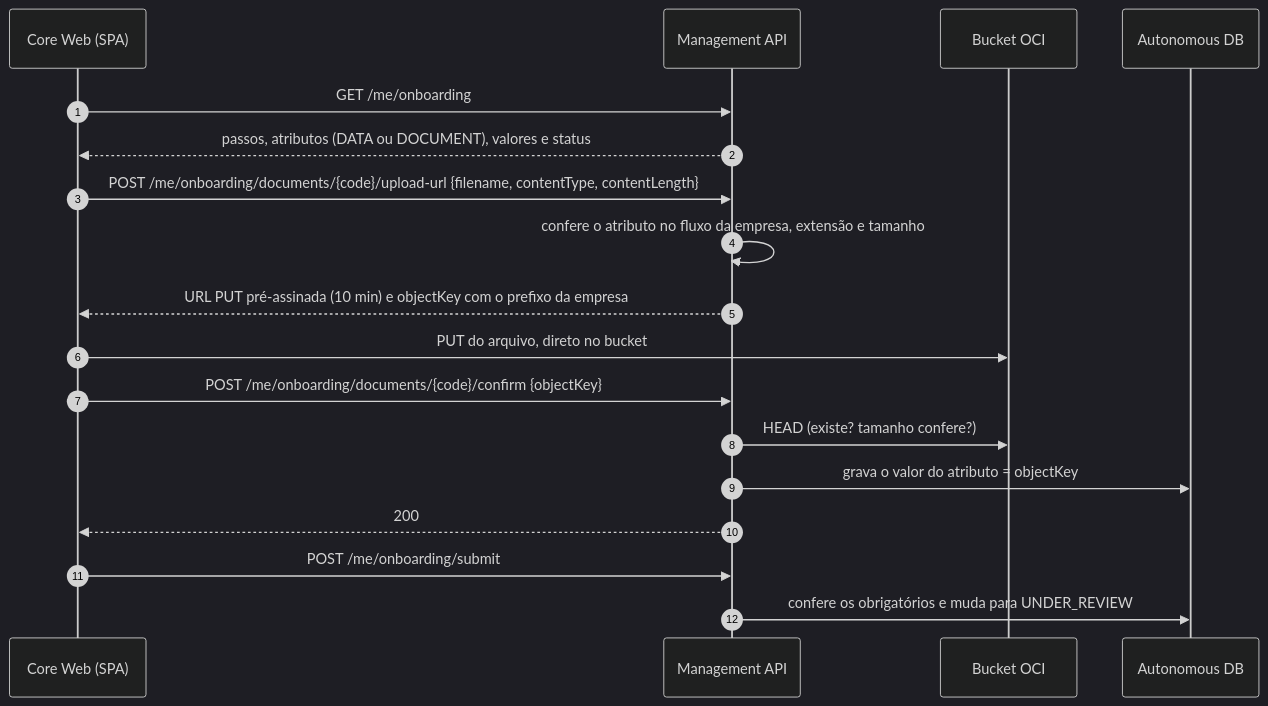
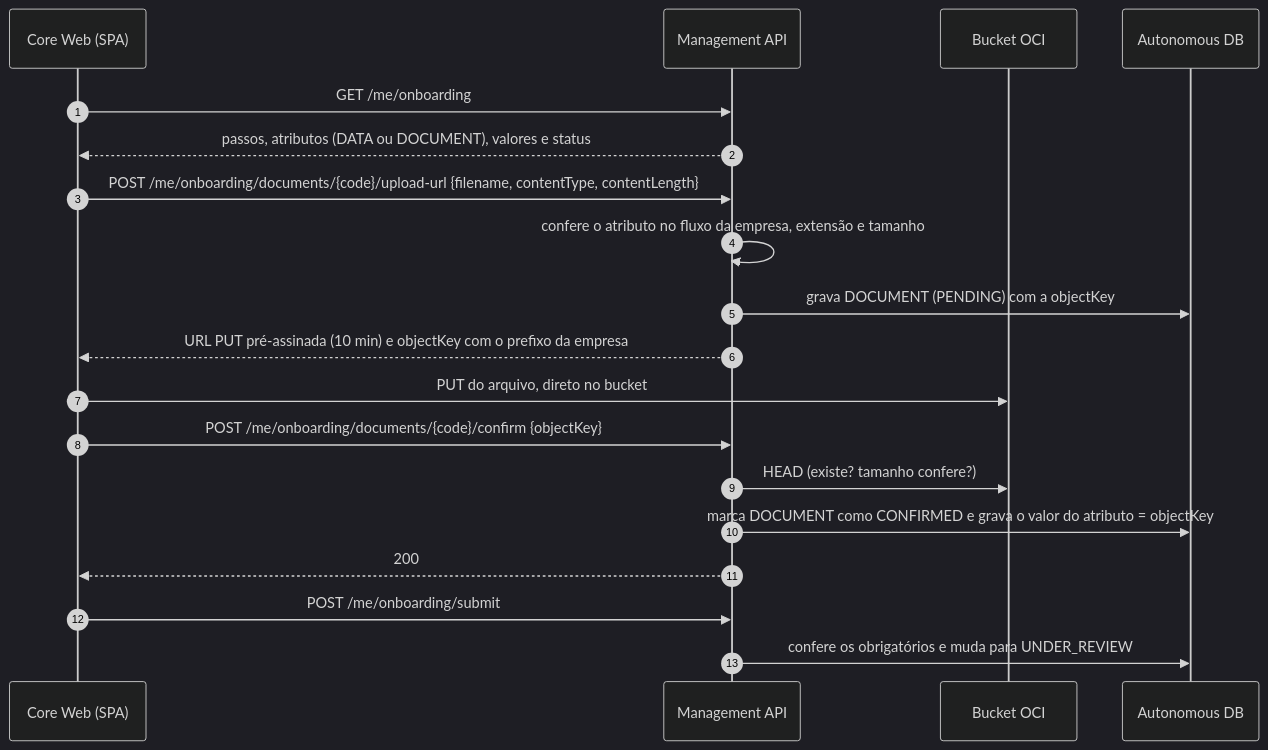
The sixth of 8 diagrams in docs/proposta-auth-onboarding.md (ECOLchain/ecolchain-management-api), drawn with Mermaid (dark theme) before and after one commit. The commit also changed other lines of this file and 3 other files, not shown here.

````diff
--- a/docs/proposta-auth-onboarding.md
+++ b/docs/proposta-auth-onboarding.md
@@ -250,21 +261,22 @@
 ```mermaid
 sequenceDiagram
     autonumber
     participant W as Core Web (SPA)
     participant A as Management API
     participant B as Bucket OCI
     participant D as Autonomous DB
 
     W->>A: GET /me/onboarding
     A-->>W: passos, atributos (DATA ou DOCUMENT), valores e status
     W->>A: POST /me/onboarding/documents/{code}/upload-url {filename, contentType, contentLength}
     A->>A: confere o atributo no fluxo da empresa, extensão e tamanho
+    A->>D: grava DOCUMENT (PENDING) com a objectKey
     A-->>W: URL PUT pré-assinada (10 min) e objectKey com o prefixo da empresa
     W->>B: PUT do arquivo, direto no bucket
     W->>A: POST /me/onboarding/documents/{code}/confirm {objectKey}
     A->>B: HEAD (existe? tamanho confere?)
-    A->>D: grava o valor do atributo = objectKey
+    A->>D: marca DOCUMENT como CONFIRMED e grava o valor do atributo = objectKey
     A-->>W: 200
     W->>A: POST /me/onboarding/submit
     A->>D: confere os obrigatórios e muda para UNDER_REVIEW
 ```
````
